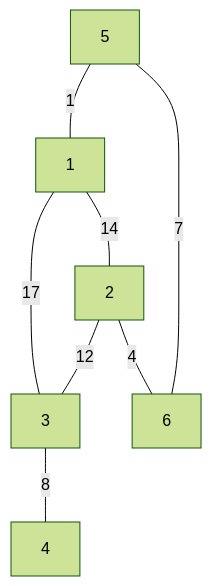
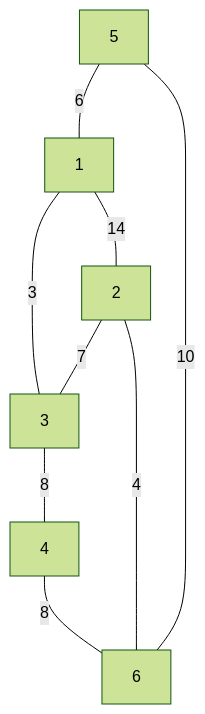
Before and after one commit to Warmhugboi/RoadToPosn1: the diagram in intermediate.md, drawn with Mermaid (forest theme). The commit also changed other lines of this file, not shown here.

````diff
--- a/intermediate.md
+++ b/intermediate.md
@@ -444,10 +450,11 @@
 ```mermaid
 graph TD; 
-    1---|17|3;
+    1---|3|3;
     1---|14|2;
-    2---|12|3;
-    5---|1|1;
+    2---|7|3;
+    5---|6|1;
     2---|4|6;
-    5---|7|6;
+    5---|10|6;
     3---|8|4;
+    4---|8|6;
 ```
````
